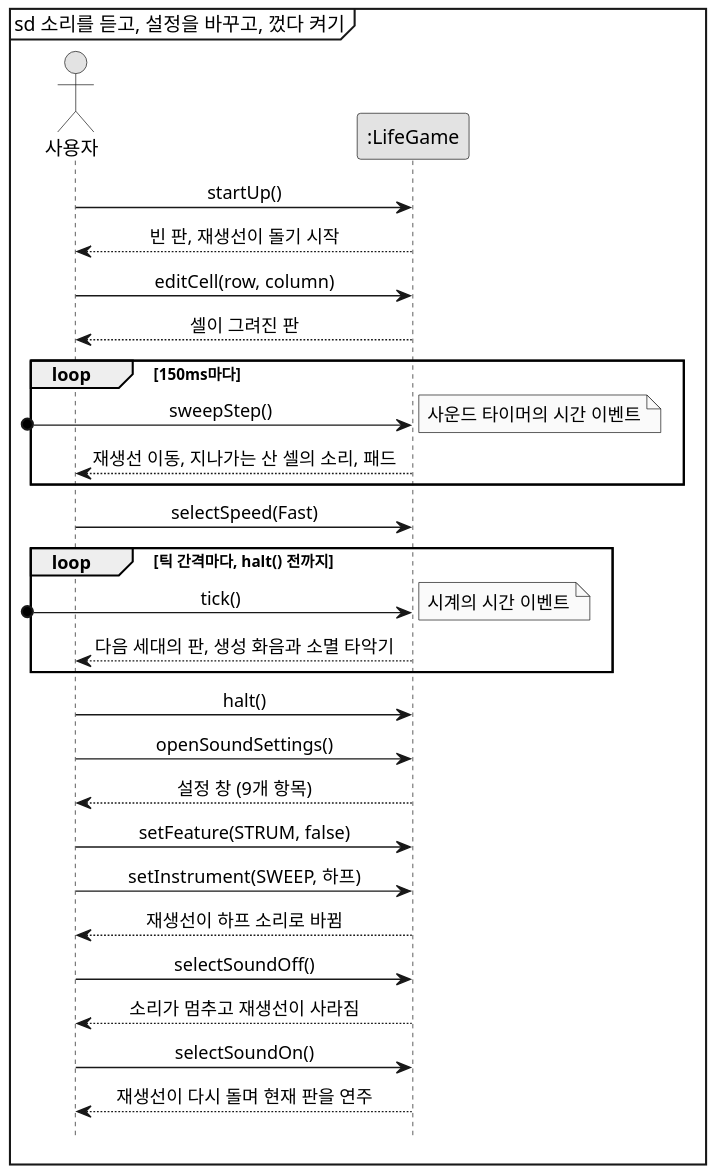
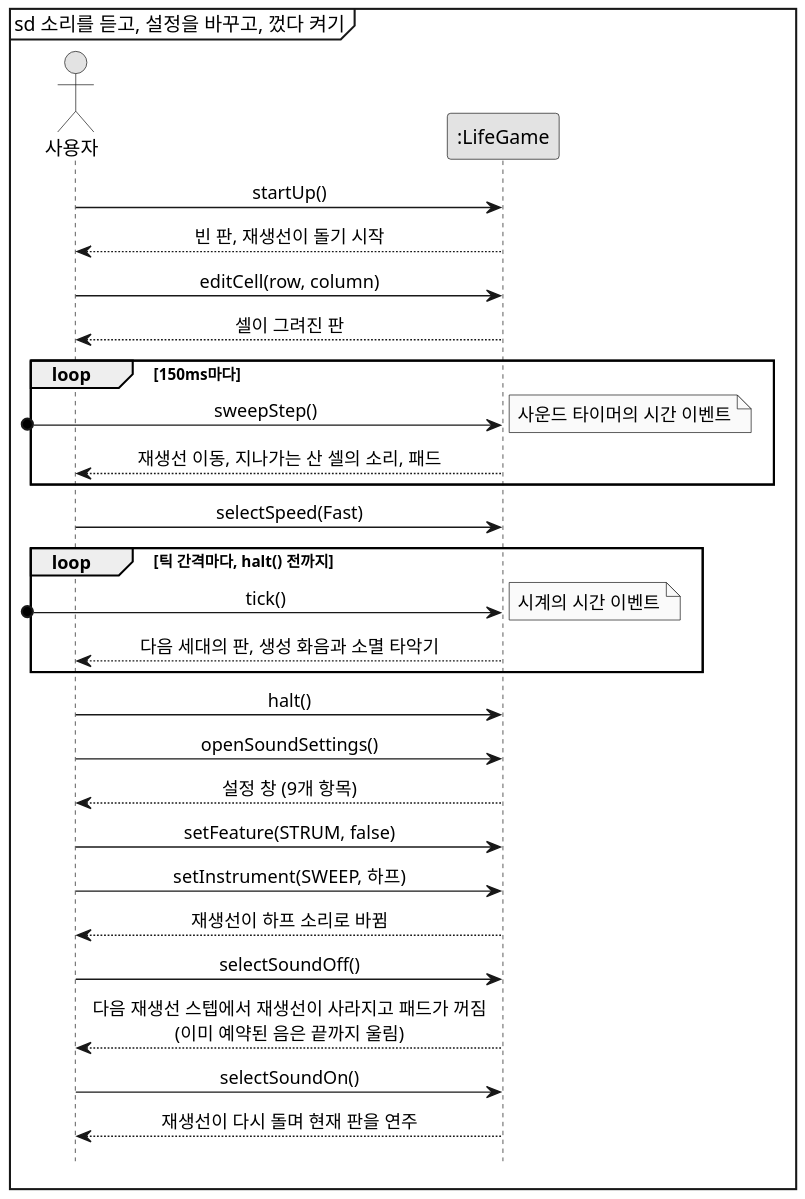
The diagram in docs/sound-effects/diagram/ssd.puml (mckimR1972/DP_team_project), drawn with PlantUML before and after one commit. The commit also changed 21 other files, not shown here.

First line of the commit message:
docs(sound): 다이어그램을 표기 통일안과 코드에 맞춤

```diff
--- a/docs/sound-effects/diagram/ssd.puml
+++ b/docs/sound-effects/diagram/ssd.puml
@@ -1,42 +1,42 @@
 @startuml ssd
 skinparam monochrome true
 skinparam dpi 150
 skinparam shadowing false
 skinparam defaultFontName "Malgun Gothic"
 skinparam sequenceMessageAlign center
 hide footbox
 mainframe sd 소리를 듣고, 설정을 바꾸고, 껐다 켜기
 
 actor "사용자" as User
 participant ":LifeGame" as System
 
 User -> System : startUp()
 System --> User : 빈 판, 재생선이 돌기 시작
 
 User -> System : editCell(row, column)
 System --> User : 셀이 그려진 판
 loop 150ms마다
   [o-> System : sweepStep()
   note left : 사운드 타이머의 시간 이벤트
   System --> User : 재생선 이동, 지나가는 산 셀의 소리, 패드
 end
 
 User -> System : selectSpeed(Fast)
 loop 틱 간격마다, halt() 전까지
   [o-> System : tick()
   note left : 시계의 시간 이벤트
   System --> User : 다음 세대의 판, 생성 화음과 소멸 타악기
 end
 User -> System : halt()
 
 User -> System : openSoundSettings()
 System --> User : 설정 창 (9개 항목)
 User -> System : setFeature(STRUM, false)
 User -> System : setInstrument(SWEEP, 하프)
 System --> User : 재생선이 하프 소리로 바뀜
 
 User -> System : selectSoundOff()
-System --> User : 소리가 멈추고 재생선이 사라짐
+System --> User : 다음 재생선 스텝에서 재생선이 사라지고 패드가 꺼짐\n(이미 예약된 음은 끝까지 울림)
 User -> System : selectSoundOn()
 System --> User : 재생선이 다시 돌며 현재 판을 연주
 @enduml
```
